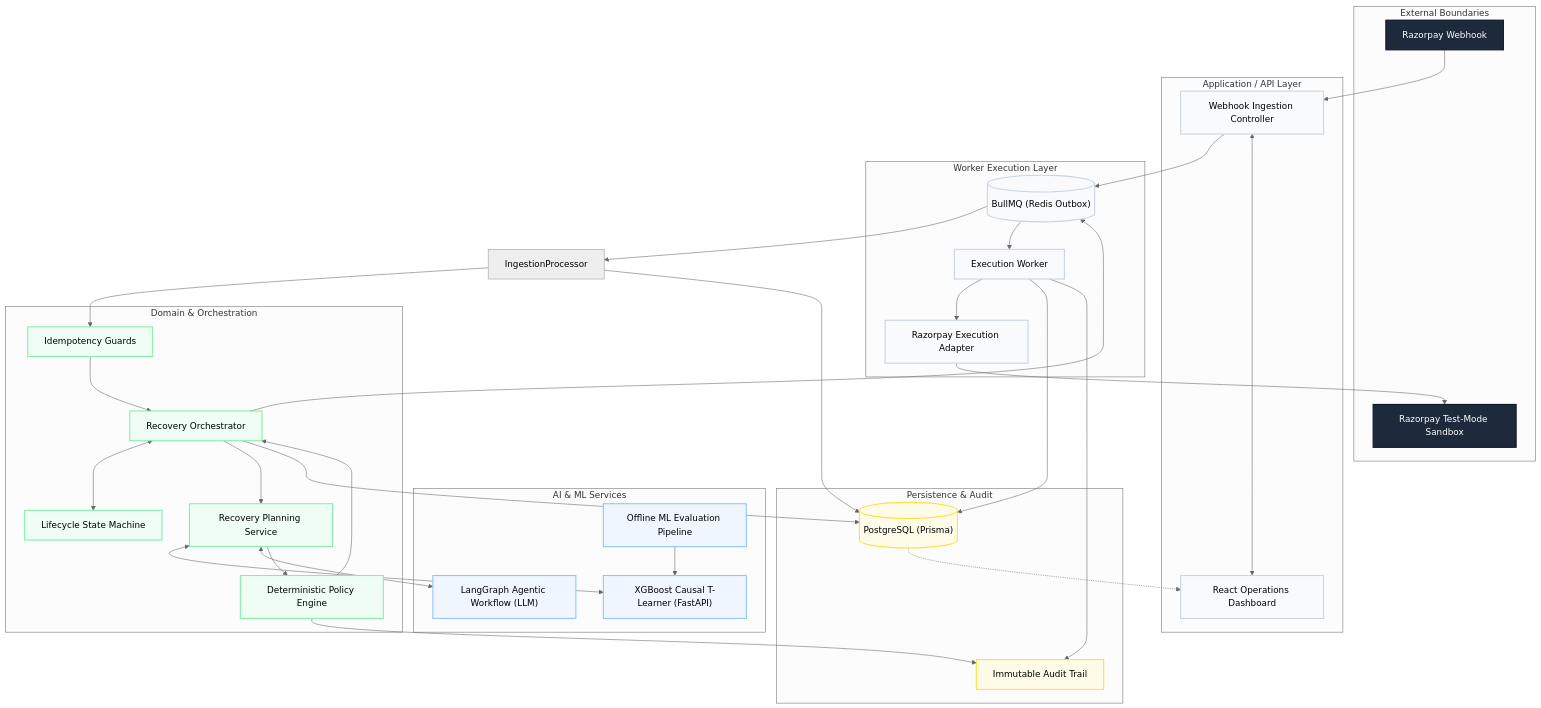
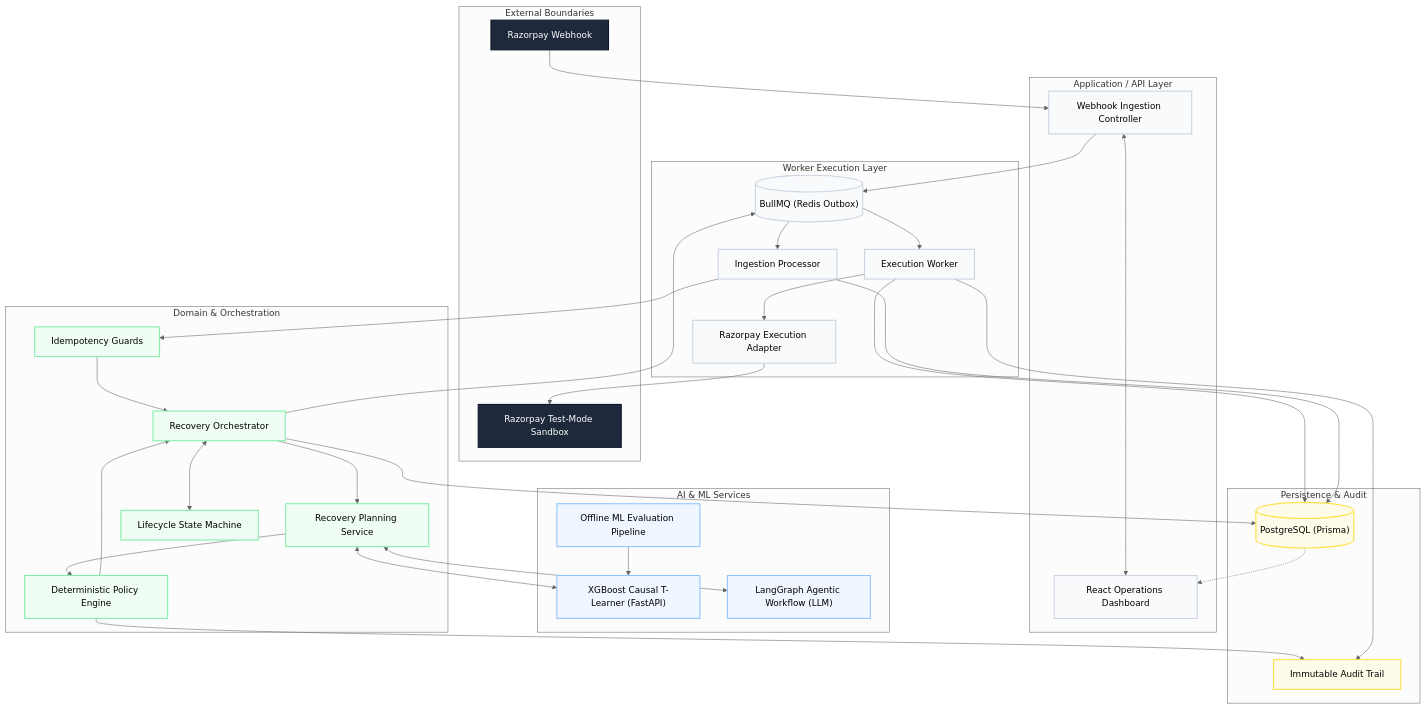
The first of 6 diagrams in README.md (Surya-5555/FinTech-AI-05), drawn with Mermaid (neutral theme) before and after one commit. The commit also changed other lines of this file and 65 other files, not shown here.

Commit message:
docs: finalized the architecture and acknowledgements

```diff
--- a/README.md
+++ b/README.md
@@ -74,10 +77,11 @@
 
     subgraph EXECUTION_LAYER ["Worker Execution Layer"]
         BullMQ[("BullMQ (Redis Outbox)")]
+        IngestionProcessor["Ingestion Processor"]
         Worker["Execution Worker"]
         Adapter["Razorpay Execution Adapter"]
     end
-    class BullMQ,Worker,Adapter api
+    class BullMQ,IngestionProcessor,Worker,Adapter api
 
     subgraph PERSISTENCE ["Persistence & Audit"]
         Postgres[("PostgreSQL (Prisma)")]
```
